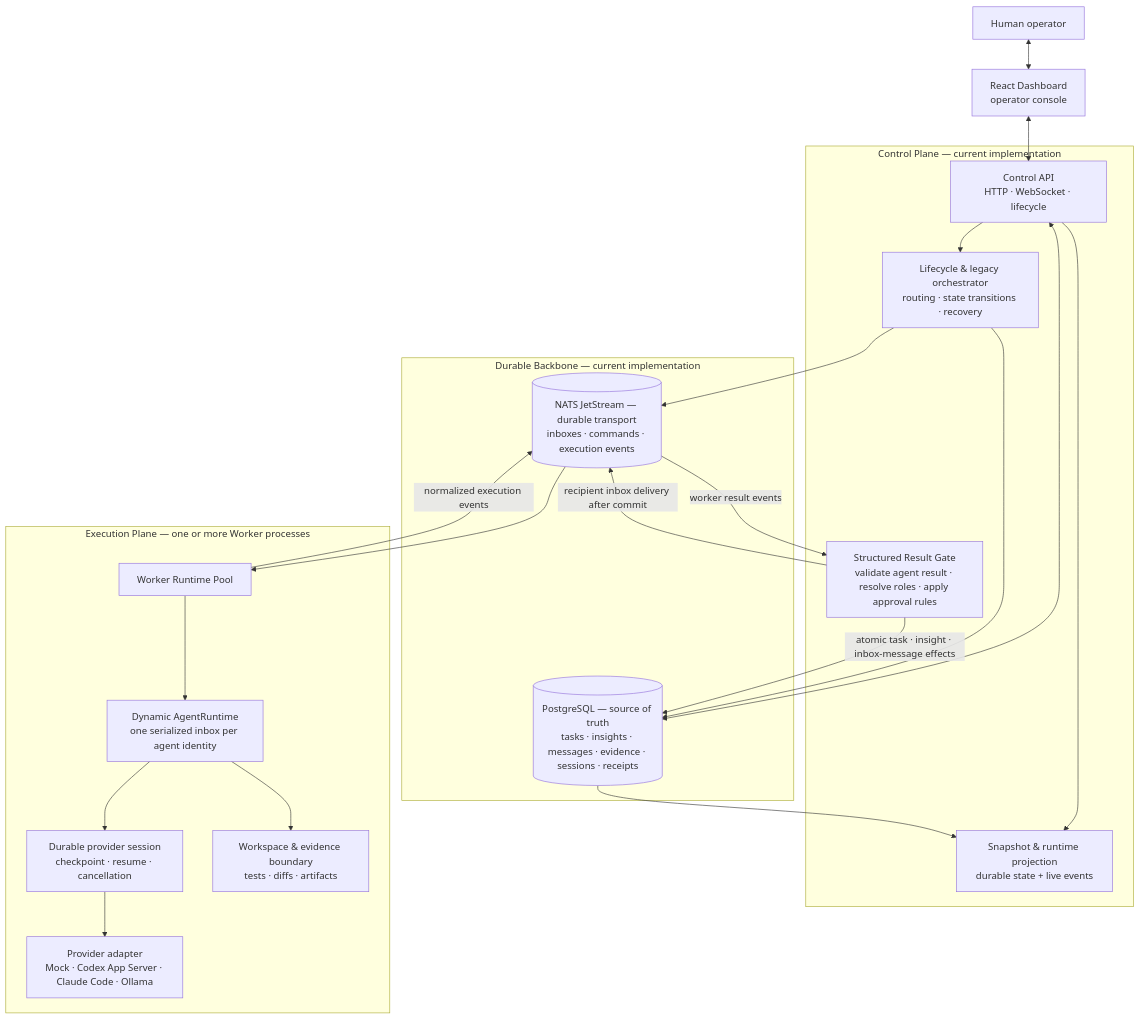
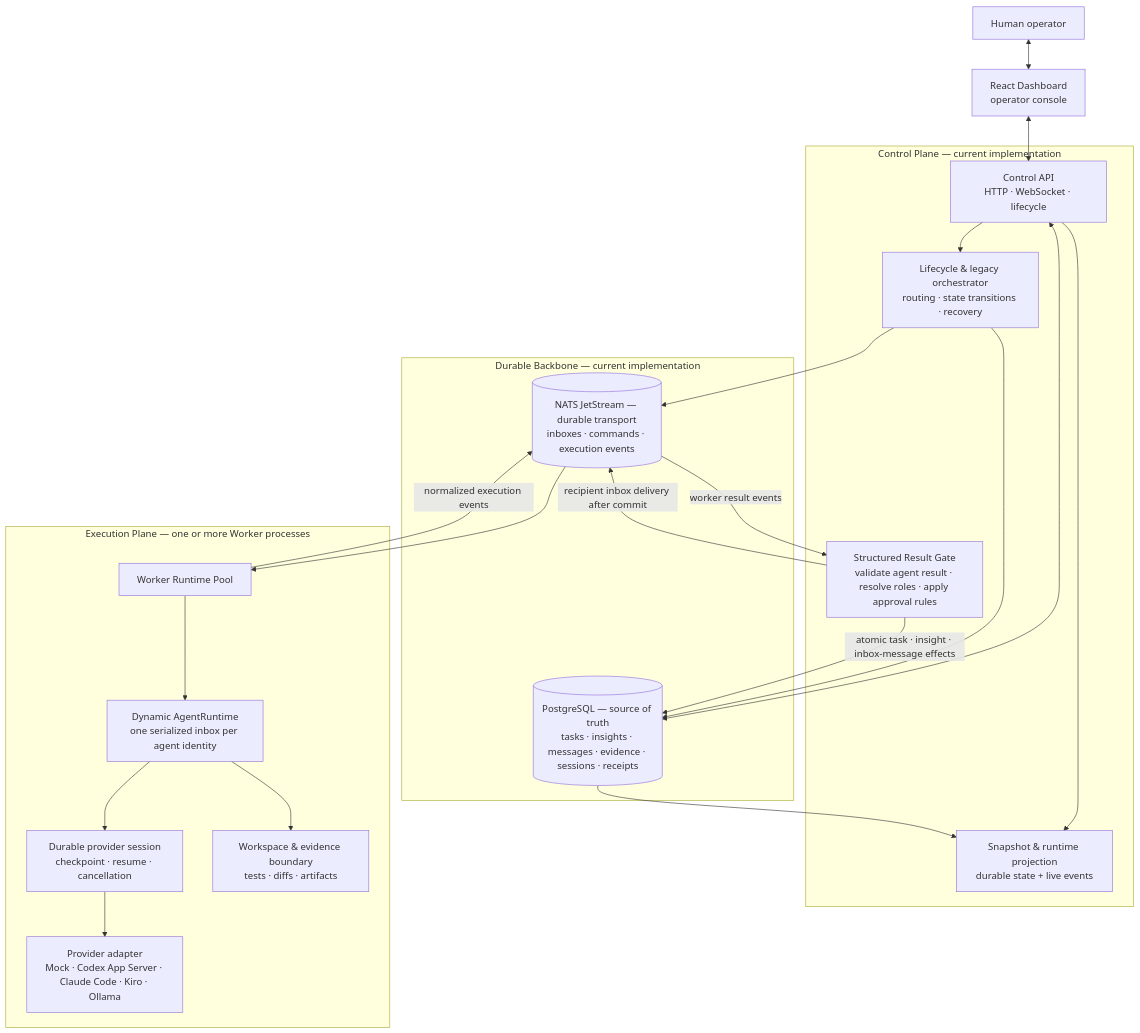
The first of 2 diagrams in README.md (bayshanhai-dev/agentweave), drawn with Mermaid before and after one commit. The commit also changed other lines of this file and 23 other files, not shown here.

````diff
--- a/README.md
+++ b/README.md
@@ -175,39 +175,39 @@
 ```mermaid
 flowchart TB
     Human[Human operator] <--> Dashboard[React Dashboard<br/>operator console]
 
     subgraph Control[Control Plane — current implementation]
         API[Control API<br/>HTTP · WebSocket · lifecycle]
         Orch[Lifecycle & legacy orchestrator<br/>routing · state transitions · recovery]
         Gate[Structured Result Gate<br/>validate agent result · resolve roles · apply approval rules]
         Projection[Snapshot & runtime projection<br/>durable state + live events]
     end
 
     subgraph Durable[Durable Backbone — current implementation]
         DB[(PostgreSQL — source of truth<br/>tasks · insights · messages · evidence · sessions · receipts)]
         NATS[(NATS JetStream — durable transport<br/>inboxes · commands · execution events)]
     end
 
     subgraph Runtime[Execution Plane — one or more Worker processes]
         Worker[Worker Runtime Pool]
         Actor[Dynamic AgentRuntime<br/>one serialized inbox per agent identity]
         Session[Durable provider session<br/>checkpoint · resume · cancellation]
-        Adapter[Provider adapter<br/>Mock · Codex App Server · Claude Code · Ollama]
+        Adapter[Provider adapter<br/>Mock · Codex App Server · Claude Code · Kiro · Ollama]
         Workspace[Workspace & evidence boundary<br/>tests · diffs · artifacts]
         Worker --> Actor --> Session --> Adapter
         Actor --> Workspace
     end
 
     Dashboard <--> API
     API --> Orch
     API --> Projection
     API <--> DB
     Orch --> DB
     Orch --> NATS
     NATS -->|worker result events| Gate
     Gate -->|atomic task · insight · inbox-message effects| DB
     Gate -->|recipient inbox delivery after commit| NATS
     NATS --> Worker
     Worker -->|normalized execution events| NATS
     DB --> Projection
 ```
````
